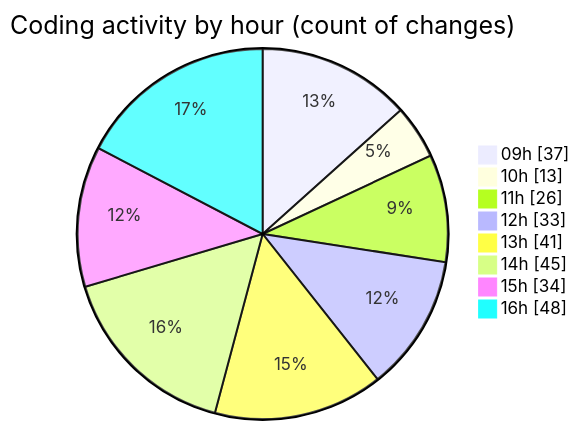
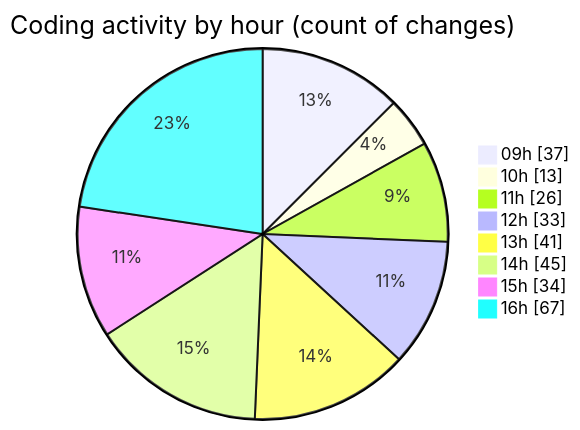
One commit to momahboobian/code-tracking changed the second of 2 diagrams in 2026-04-23/cda/README.md. Above: the diagram before and after it, drawn with Mermaid. The commit also changed other lines of this file and 1 other file, not shown here.

````diff
--- a/2026-04-23/cda/README.md
+++ b/2026-04-23/cda/README.md
@@ -56,12 +56,12 @@
 ```mermaid
 pie showData
 title Coding activity by hour (count of changes)
 "09h" : 37
 "10h" : 13
 "11h" : 26
 "12h" : 33
 "13h" : 41
 "14h" : 45
 "15h" : 34
-"16h" : 48
+"16h" : 67
 ```
````
